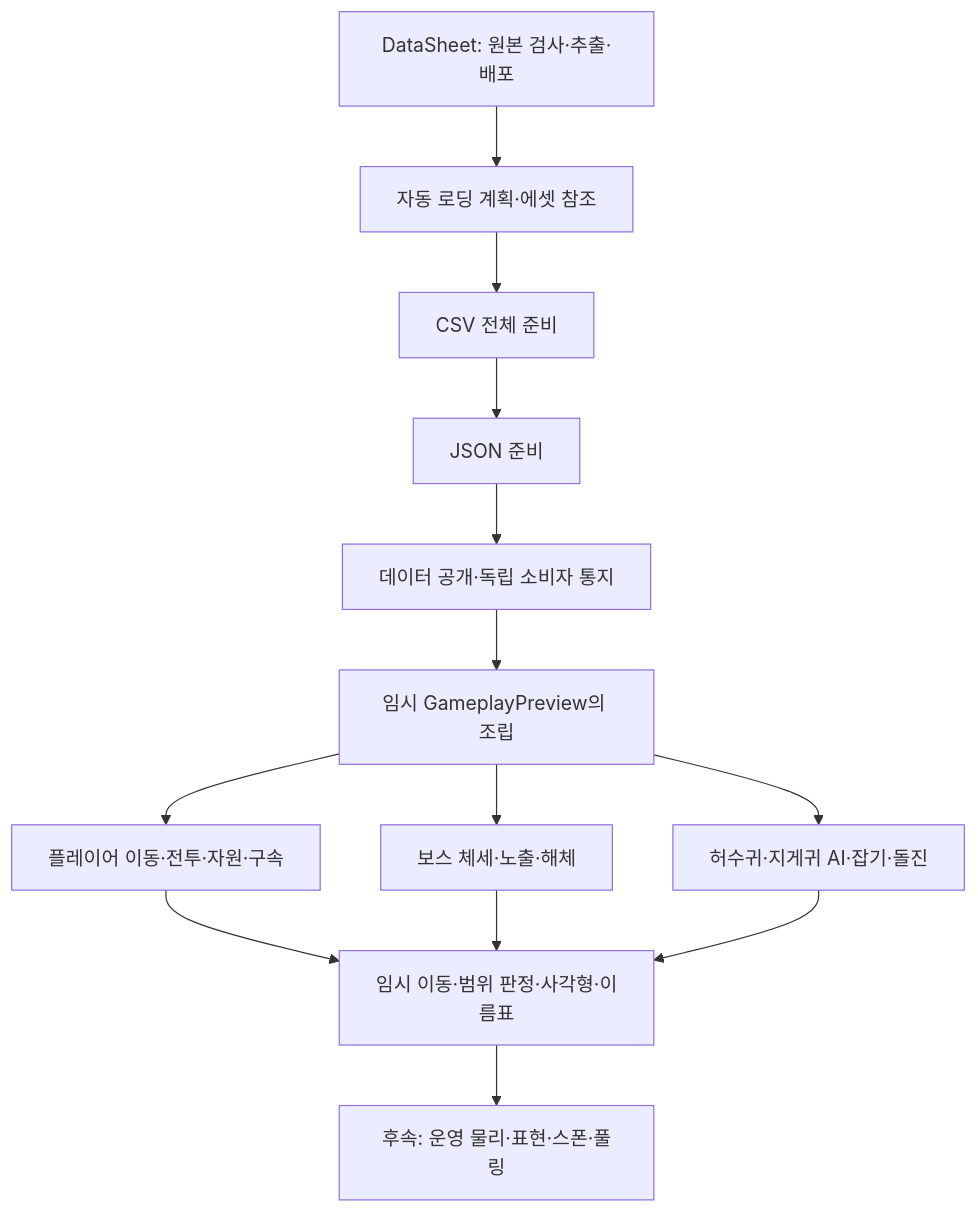
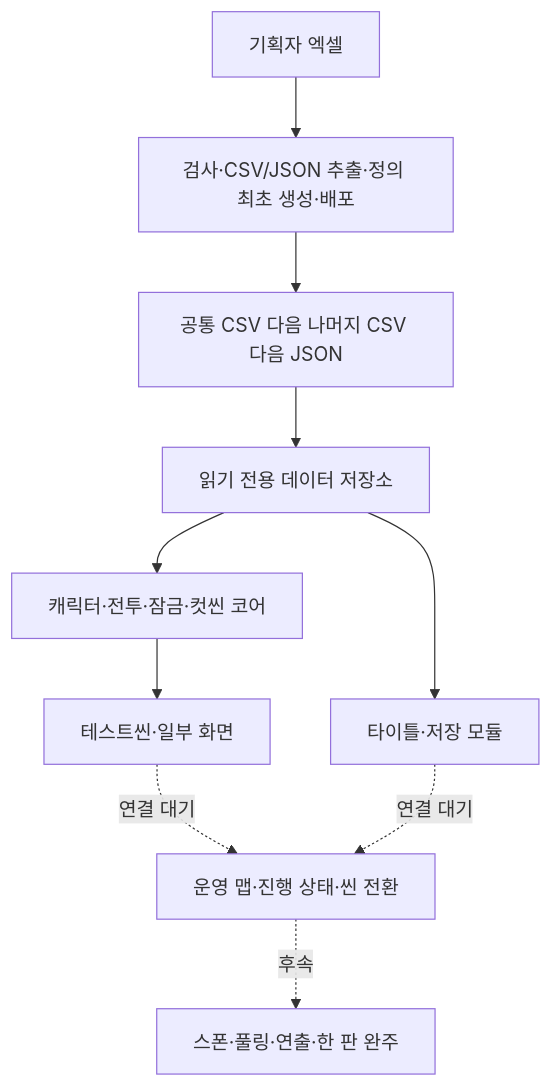
Before and after one commit to lkhwcf-arch/Human_Ghost-: the diagram in Docs/현재 구현과 검증 현황.md, drawn with Mermaid. The commit also changed other lines of this file and 9 other files, not shown here.

````diff
--- a/Docs/현재 구현과 검증 현황.md
+++ b/Docs/현재 구현과 검증 현황.md
@@ -152,15 +9,12 @@
 ```mermaid
 flowchart TD
-    A[DataSheet: 원본 검사·추출·배포] --> B[자동 로딩 계획·에셋 참조]
-    B --> C[CSV 전체 준비]
-    C --> D[JSON 준비]
-    D --> E[데이터 공개·독립 소비자 통지]
-    E --> F[임시 GameplayPreview의 조립]
-    F --> P[플레이어 이동·전투·자원·구속]
-    F --> O[보스 체세·노출·해체]
-    F --> M[허수귀·지게귀 AI·잡기·돌진]
-    P --> V[임시 이동·범위 판정·사각형·이름표]
-    O --> V
-    M --> V
-    V --> N[후속: 운영 물리·표현·스폰·풀링]
+    A[기획자 엑셀] --> B[검사·CSV/JSON 추출·정의 최초 생성·배포]
+    B --> C[공통 CSV 다음 나머지 CSV 다음 JSON]
+    C --> D[읽기 전용 데이터 저장소]
+    D --> E[캐릭터·전투·잠금·컷씬 코어]
+    E --> F[테스트씬·일부 화면]
+    D --> G[타이틀·저장 모듈]
+    F -.연결 대기.-> H[운영 맵·진행 상태·씬 전환]
+    G -.연결 대기.-> H
+    H -.후속.-> I[스폰·풀링·연출·한 판 완주]
 ```
````
